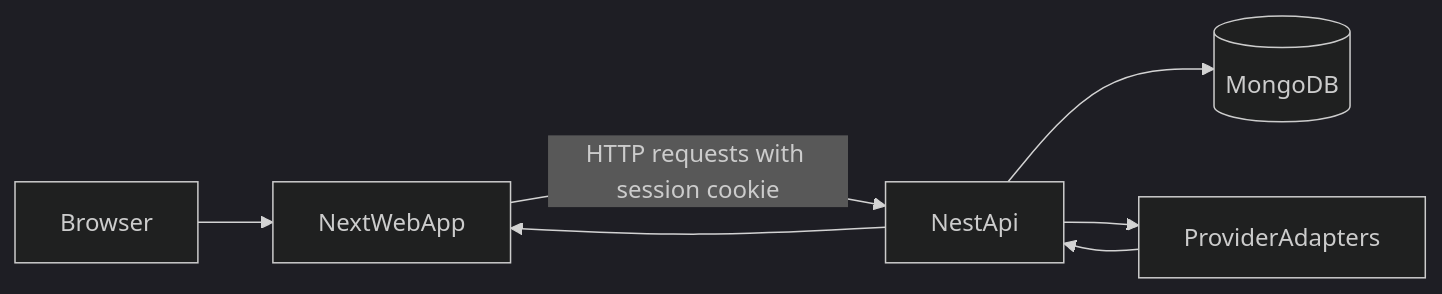
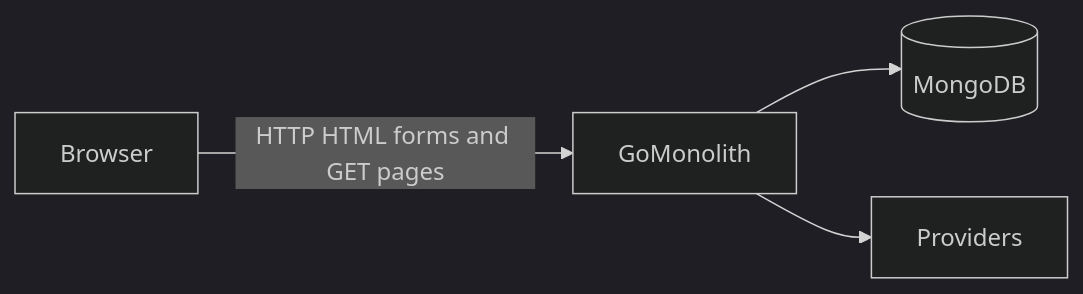
One commit to TaylorC19/media_library_manager changed the diagram in docs/architecture.md. Above: the diagram before and after it, drawn with Mermaid (dark theme). The commit also changed other lines of this file and 193 other files, not shown here.

````diff
--- a/docs/architecture.md
+++ b/docs/architecture.md
@@ -28,15 +35,11 @@
 ```mermaid
 flowchart LR
   browser[Browser]
-  webApp[NextWebApp]
-  api[NestApi]
+  goApp[GoMonolith]
   mongo[(MongoDB)]
-  providers[ProviderAdapters]
+  providers[Providers]
 
-  browser --> webApp
-  webApp -->|"HTTP requests with session cookie"| api
-  api --> mongo
-  api --> providers
-  providers --> api
-  api --> webApp
+  browser -->|"HTTP HTML forms and GET pages"| goApp
+  goApp --> mongo
+  goApp --> providers
 ```
````
